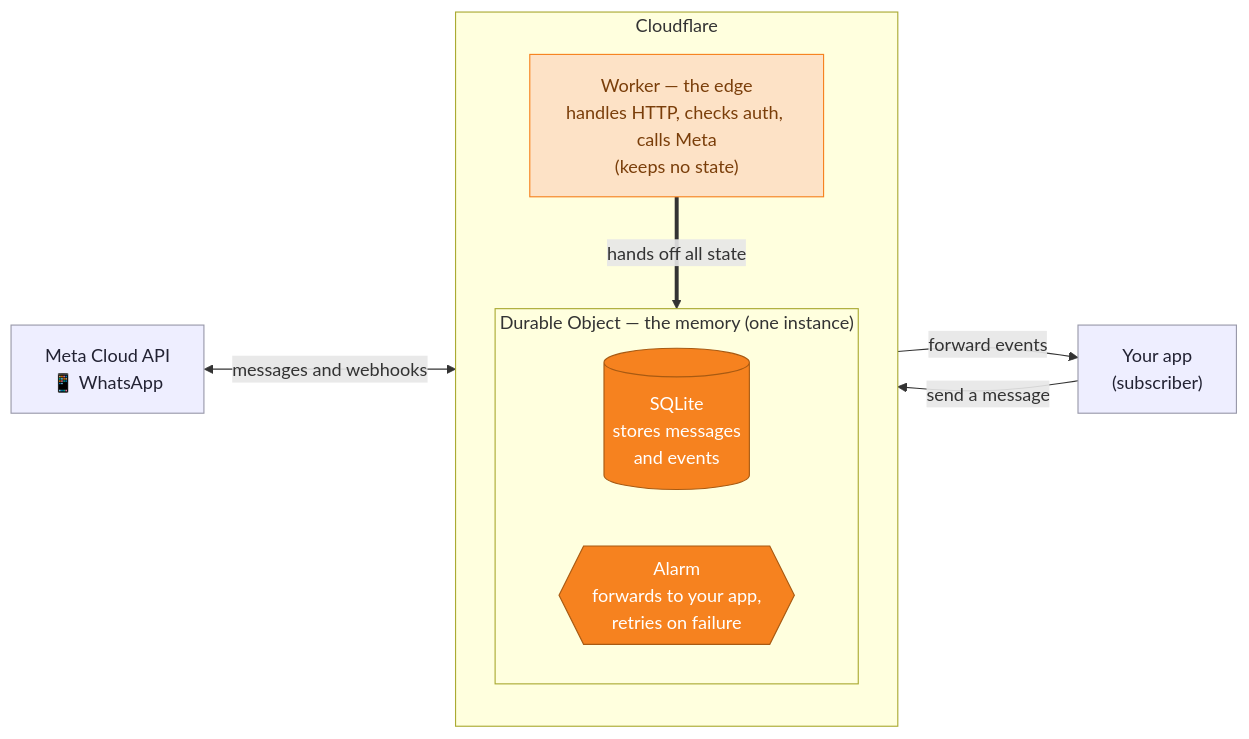
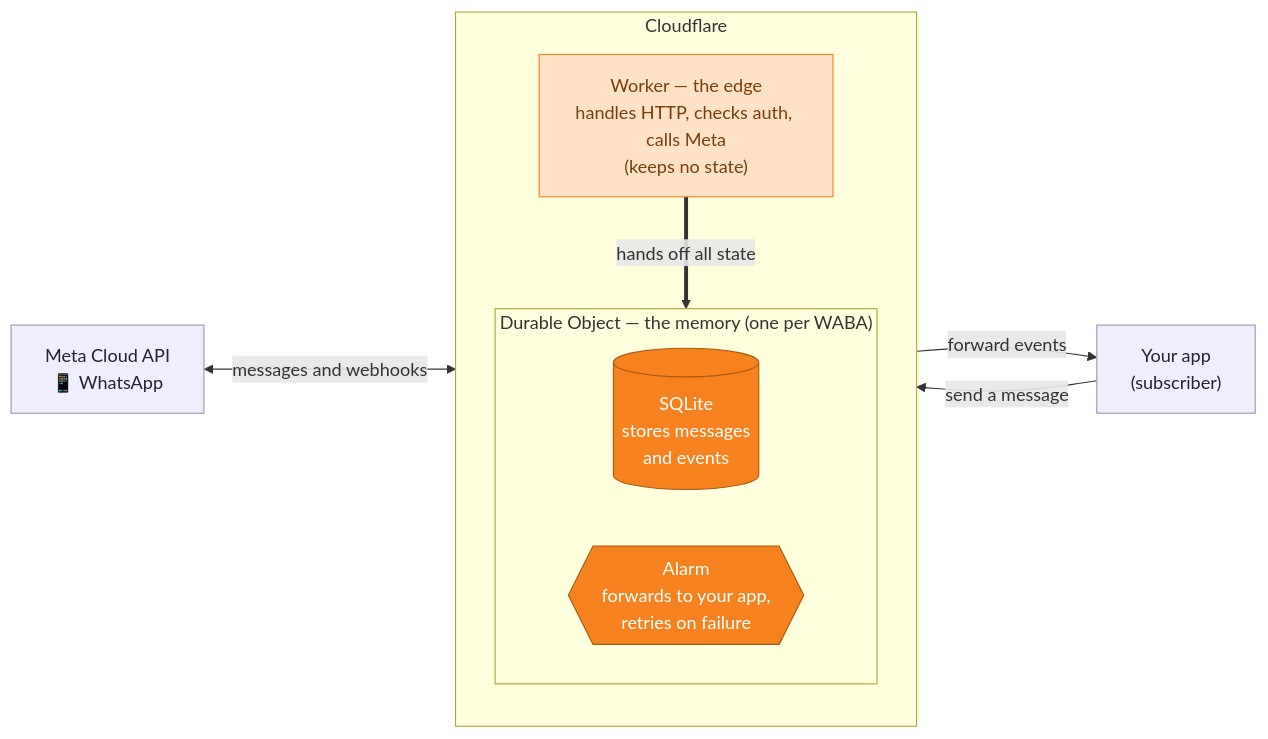
Before and after one commit to santigamo/eccos: the diagram in README.md, drawn with Mermaid. The commit also changed other lines of this file and 103 other files, not shown here.

````diff
--- a/README.md
+++ b/README.md
@@ -101,27 +103,27 @@
 ```mermaid
 flowchart LR
     meta["Meta Cloud API<br/>📱 WhatsApp"]
     app["Your app<br/>(subscriber)"]
 
     subgraph cf["Cloudflare"]
         direction TB
         worker["Worker — the edge<br/>handles HTTP, checks auth, calls Meta<br/>(keeps no state)"]
-        subgraph dobj["Durable Object — the memory (one instance)"]
+        subgraph dobj["Durable Object — the memory (one per WABA)"]
             direction LR
             sqlite[("SQLite<br/>stores messages<br/>and events")]
             alarm{{"Alarm<br/>forwards to your app,<br/>retries on failure"}}
         end
         worker ==>|"hands off all state"| dobj
     end
 
     app -->|"send a message"| worker
     meta <-->|"messages and webhooks"| worker
     alarm -->|"forward events"| app
 
     classDef ext fill:#eef,stroke:#99a,color:#223;
     classDef edge2 fill:#fde2c6,stroke:#f6821f,color:#7a3e0a;
     classDef stateful fill:#f6821f,stroke:#a85a12,color:#fff;
     class meta,app ext;
     class worker edge2;
     class sqlite,alarm stateful;
 ```
````
